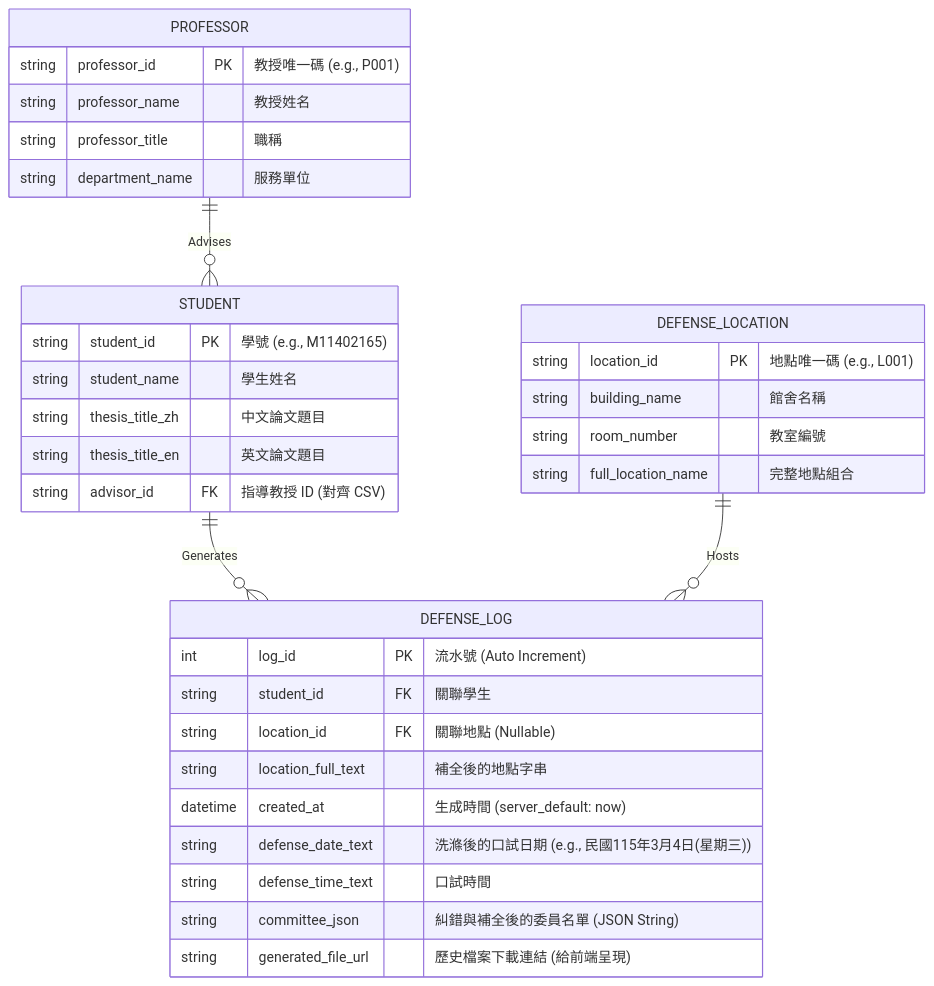
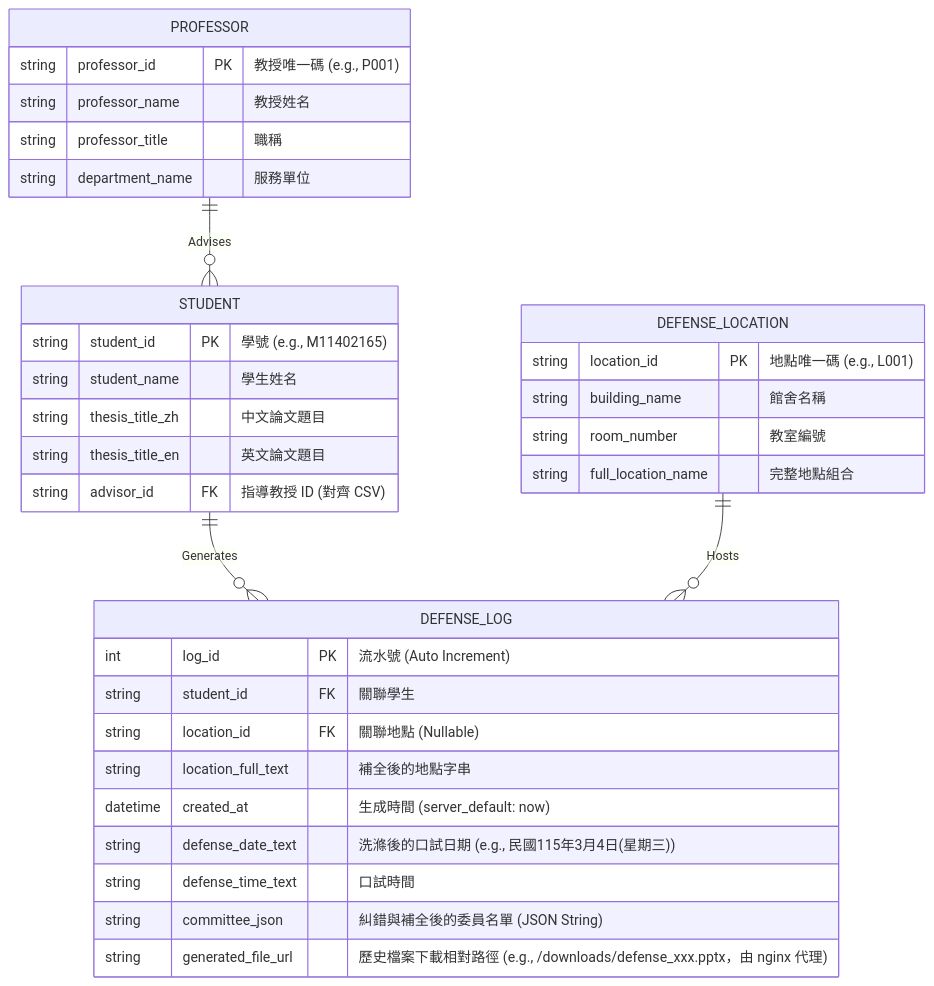
The diagram in docs/SCHEMA.md (NTUST-Lab-training/defense-bot), drawn with Mermaid before and after one commit. The commit also changed other lines of this file and 5 other files, not shown here.

````diff
--- a/docs/SCHEMA.md
+++ b/docs/SCHEMA.md
@@ -11,40 +11,40 @@
 ```mermaid
 erDiagram
     STUDENT {
         string student_id PK "學號 (e.g., M11402165)"
         string student_name "學生姓名"
         string thesis_title_zh "中文論文題目"
         string thesis_title_en "英文論文題目"
         string advisor_id FK "指導教授 ID (對齊 CSV)"
     }
 
     PROFESSOR {
         string professor_id PK "教授唯一碼 (e.g., P001)"
         string professor_name "教授姓名"
         string professor_title "職稱"
         string department_name "服務單位"
     }
 
     DEFENSE_LOCATION {
         string location_id PK "地點唯一碼 (e.g., L001)"
         string building_name "館舍名稱"
         string room_number "教室編號"
         string full_location_name "完整地點組合"
     }
 
     DEFENSE_LOG {
         int log_id PK "流水號 (Auto Increment)"
         string student_id FK "關聯學生"
         string location_id FK "關聯地點 (Nullable)"
         string location_full_text "補全後的地點字串"
         datetime created_at "生成時間 (server_default: now)"
         string defense_date_text "洗滌後的口試日期 (e.g., 民國115年3月4日(星期三))"
         string defense_time_text "口試時間"
         string committee_json "糾錯與補全後的委員名單 (JSON String)"
-        string generated_file_url "歷史檔案下載連結 (給前端呈現)"
+        string generated_file_url "歷史檔案下載相對路徑 (e.g., /downloads/defense_xxx.pptx，由 nginx 代理)"
     }
 
     PROFESSOR ||--o{ STUDENT : "Advises"
     STUDENT ||--o{ DEFENSE_LOG : "Generates"
     DEFENSE_LOCATION ||--o{ DEFENSE_LOG : "Hosts"
 ```
````
